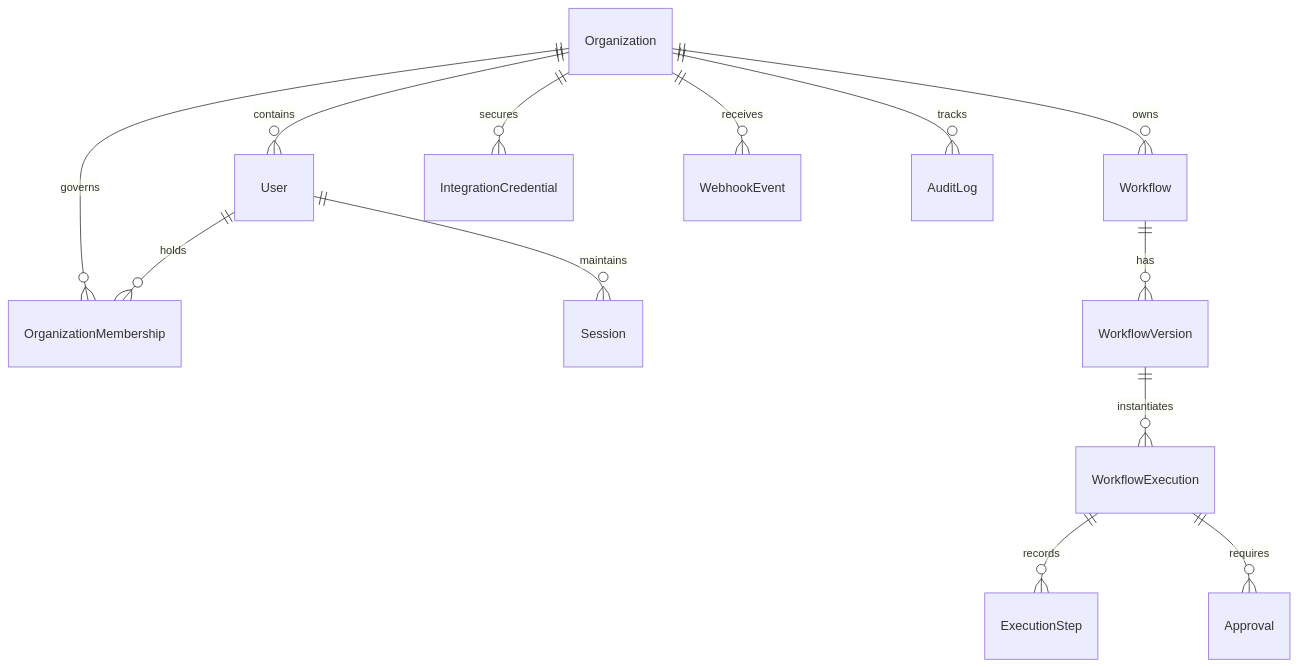
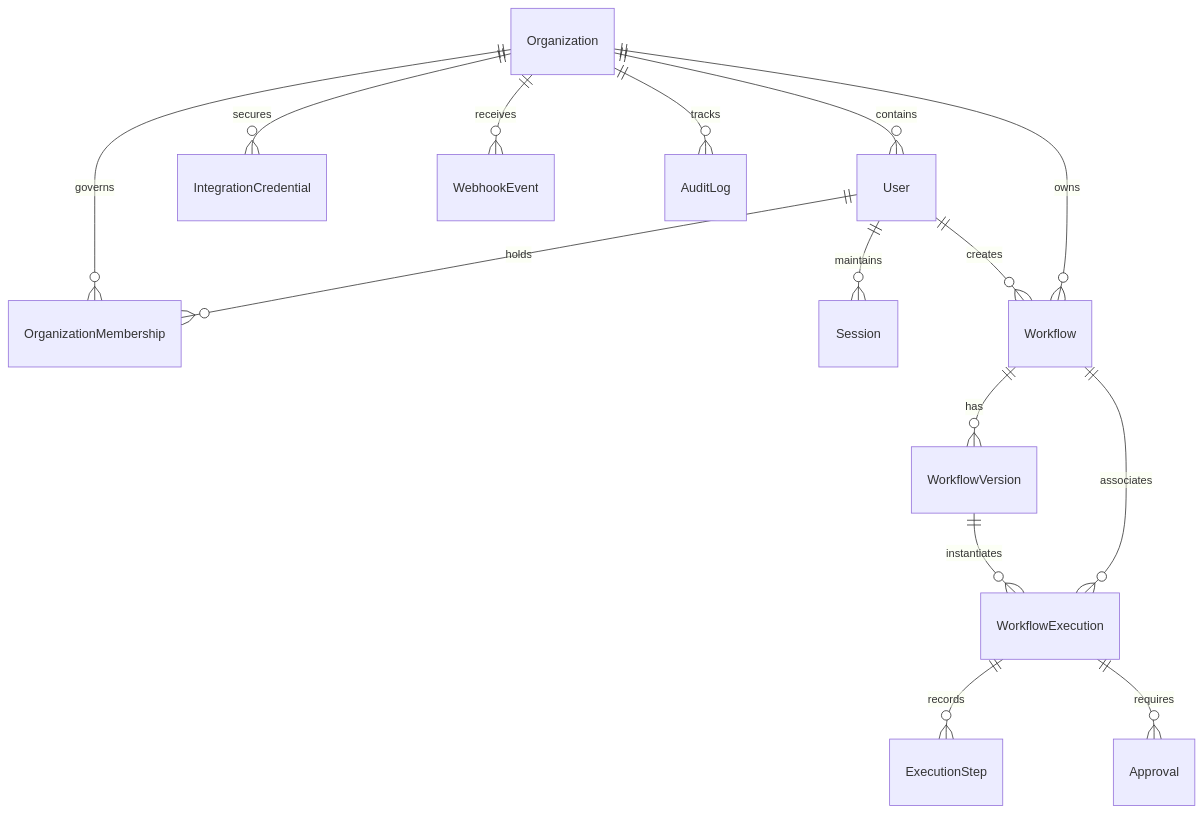
Before and after one commit to soumikbur/FlowForge: the diagram in docs/database-schema.md, drawn with Mermaid. The commit also changed other lines of this file and 76 other files, not shown here.

````diff
--- a/docs/database-schema.md
+++ b/docs/database-schema.md
@@ -5,18 +5,20 @@
 ```mermaid
 erDiagram
     Organization ||--o{ User : contains
     Organization ||--o{ OrganizationMembership : governs
     User ||--o{ OrganizationMembership : holds
     User ||--o{ Session : maintains
-    
+    User ||--o{ Workflow : creates
+
     Organization ||--o{ Workflow : owns
     Workflow ||--o{ WorkflowVersion : has
     WorkflowVersion ||--o{ WorkflowExecution : instantiates
-    
+    Workflow ||--o{ WorkflowExecution : associates
+
     WorkflowExecution ||--o{ ExecutionStep : records
     WorkflowExecution ||--o{ Approval : requires
-    
+
     Organization ||--o{ IntegrationCredential : secures
     Organization ||--o{ WebhookEvent : receives
     Organization ||--o{ AuditLog : tracks
 ```
````
